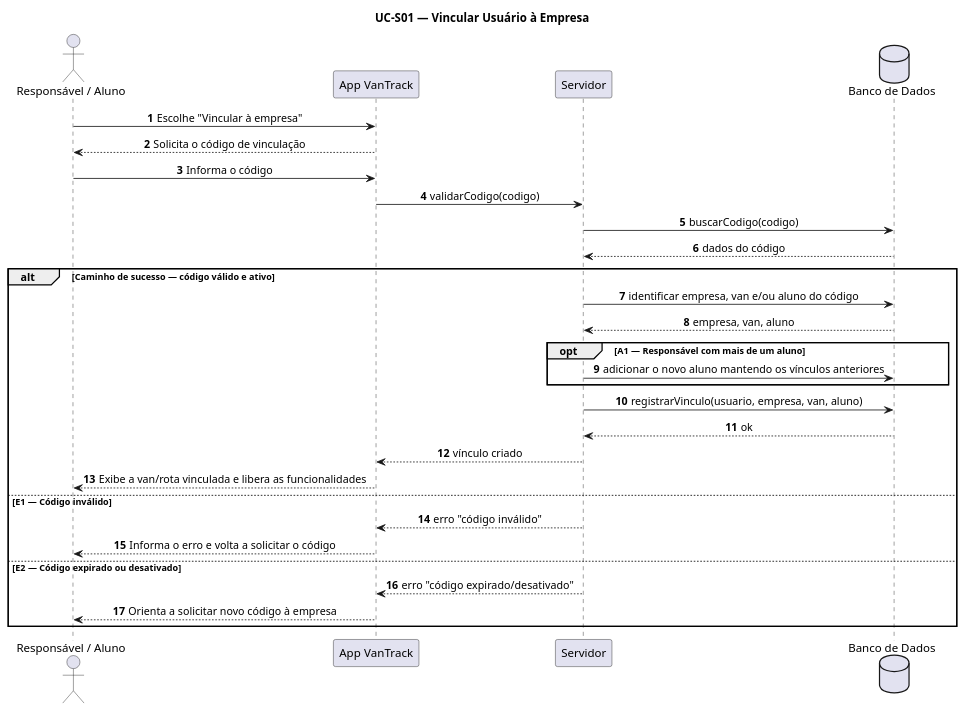
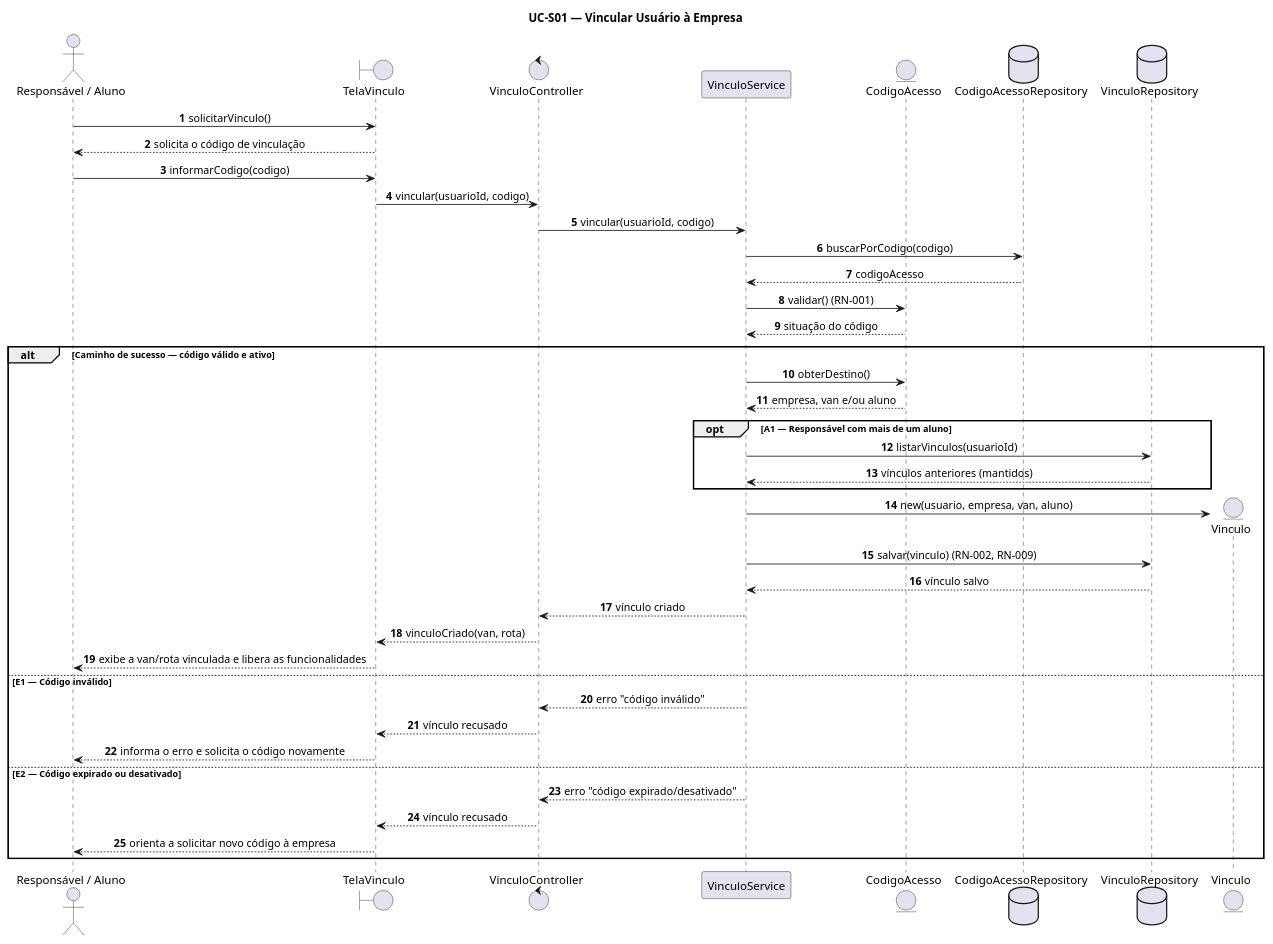
The diagram in documentos/atividade-04/scripts/UC-S01.puml (luisgustavoribeirodefreitas/VanTrack), drawn with PlantUML before and after one commit. The commit also changed 63 other files, not shown here.

```diff
--- a/documentos/atividade-04/scripts/UC-S01.puml
+++ b/documentos/atividade-04/scripts/UC-S01.puml
@@ -1,37 +1,50 @@
 @startuml UC-S01
 title UC-S01 — Vincular Usuário à Empresa
 skinparam sequenceMessageAlign center
+skinparam responseMessageBelowArrow true
 autonumber
 
 actor "Responsável / Aluno" as U
-participant "App VanTrack" as App
-participant "Servidor" as API
-database "Banco de Dados" as DB
+boundary "TelaVinculo" as T
+control "VinculoController" as C
+participant "VinculoService" as S
+entity "CodigoAcesso" as Cod
+database "CodigoAcessoRepository" as CodRepo
+database "VinculoRepository" as VRepo
 
-U -> App : Escolhe "Vincular à empresa"
-App --> U : Solicita o código de vinculação
-U -> App : Informa o código
-App -> API : validarCodigo(codigo)
-API -> DB : buscarCodigo(codigo)
-DB --> API : dados do código
+U -> T : solicitarVinculo()
+T --> U : solicita o código de vinculação
+U -> T : informarCodigo(codigo)
+T -> C : vincular(usuarioId, codigo)
+C -> S : vincular(usuarioId, codigo)
+S -> CodRepo : buscarPorCodigo(codigo)
+CodRepo --> S : codigoAcesso
+S -> Cod : validar() (RN-001)
+Cod --> S : situação do código
 
 alt Caminho de sucesso — código válido e ativo
-    API -> DB : identificar empresa, van e/ou aluno do código
-    DB --> API : empresa, van, aluno
+    S -> Cod : obterDestino()
+    Cod --> S : empresa, van e/ou aluno
 
     opt A1 — Responsável com mais de um aluno
-        API -> DB : adicionar o novo aluno mantendo os vínculos anteriores
+        S -> VRepo : listarVinculos(usuarioId)
+        VRepo --> S : vínculos anteriores (mantidos)
     end
 
-    API -> DB : registrarVinculo(usuario, empresa, van, aluno)
-    DB --> API : ok
-    API --> App : vínculo criado
-    App --> U : Exibe a van/rota vinculada e libera as funcionalidades
+    create entity "Vinculo" as V
+    S -> V : new(usuario, empresa, van, aluno)
+    S -> VRepo : salvar(vinculo) (RN-002, RN-009)
+    VRepo --> S : vínculo salvo
+    S --> C : vínculo criado
+    C --> T : vinculoCriado(van, rota)
+    T --> U : exibe a van/rota vinculada e libera as funcionalidades
 else E1 — Código inválido
-    API --> App : erro "código inválido"
-    App --> U : Informa o erro e volta a solicitar o código
+    S --> C : erro "código inválido"
+    C --> T : vínculo recusado
+    T --> U : informa o erro e solicita o código novamente
 else E2 — Código expirado ou desativado
-    API --> App : erro "código expirado/desativado"
-    App --> U : Orienta a solicitar novo código à empresa
+    S --> C : erro "código expirado/desativado"
+    C --> T : vínculo recusado
+    T --> U : orienta a solicitar novo código à empresa
 end
 @enduml
```
